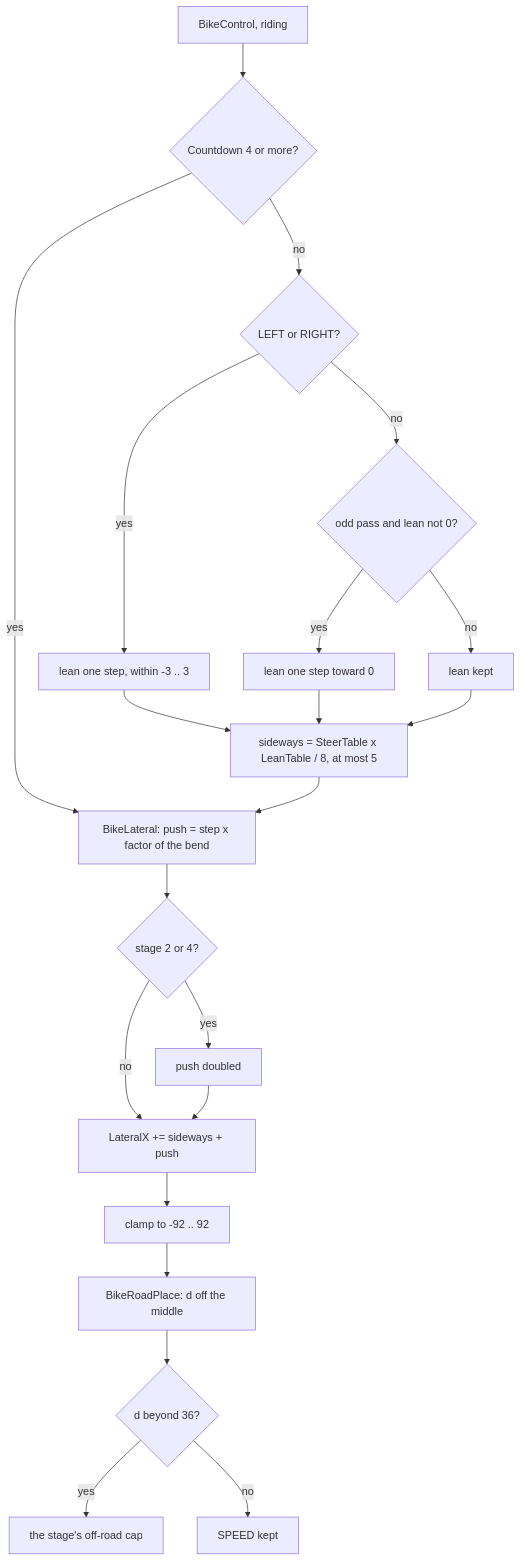
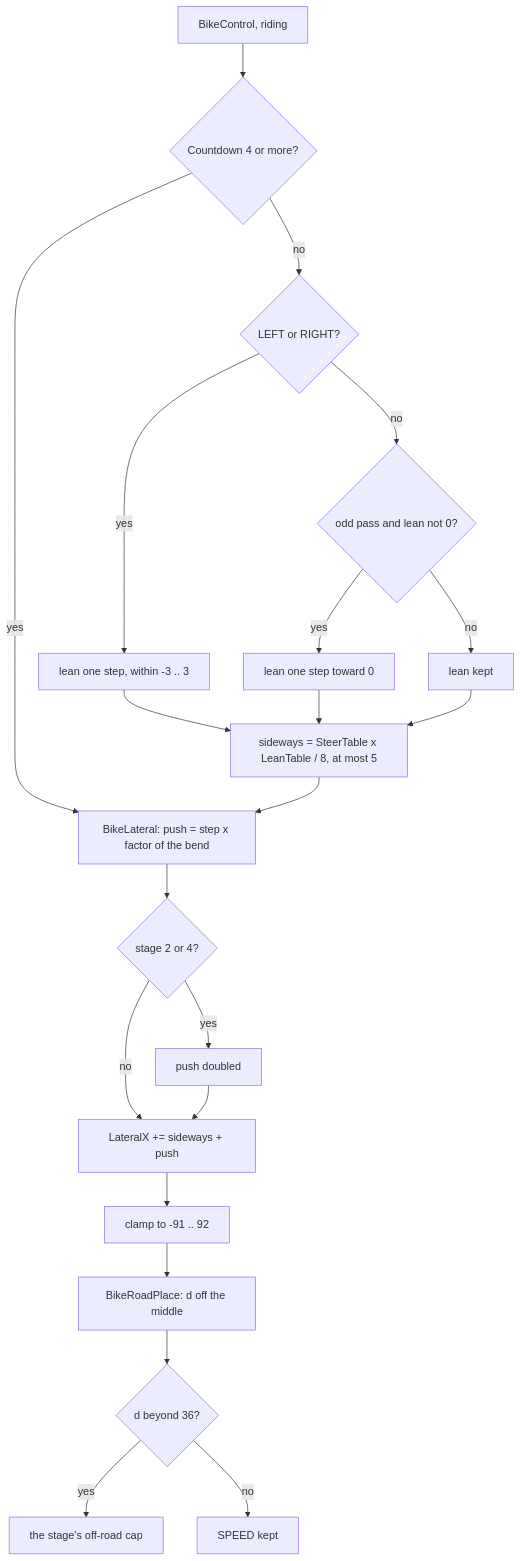
One commit to alfishe/unrealng-reverse-cases changed the third of 14 diagrams in games/enduro-racer/docs/10-gameplay-logic.md. Above: the diagram before and after it, drawn with Mermaid. The commit also changed other lines of this file and 29 other files, not shown here.

````diff
--- a/games/enduro-racer/docs/10-gameplay-logic.md
+++ b/games/enduro-racer/docs/10-gameplay-logic.md
@@ -421,23 +426,23 @@
 ```mermaid
 flowchart TD
     A["BikeControl, riding"] --> B{"Countdown 4 or more?"}
     B -- yes --> P
     B -- no --> C{"LEFT or RIGHT?"}
     C -- yes --> D["lean one step, within -3 .. 3"]
     C -- no --> E{"odd pass and lean not 0?"}
     E -- yes --> F["lean one step toward 0"]
     E -- no --> G["lean kept"]
     D --> H["sideways = SteerTable x LeanTable / 8, at most 5"]
     F --> H
     G --> H
     H --> P["BikeLateral: push = step x factor of the bend"]
     P --> Q{"stage 2 or 4?"}
     Q -- yes --> R["push doubled"]
     Q -- no --> S["LateralX += sideways + push"]
     R --> S
-    S --> T["clamp to -92 .. 92"]
+    S --> T["clamp to -91 .. 92"]
     T --> U["BikeRoadPlace: d off the middle"]
     U --> V{"d beyond 36?"}
     V -- yes --> W["the stage's off-road cap"]
     V -- no --> X["SPEED kept"]
 ```
````
